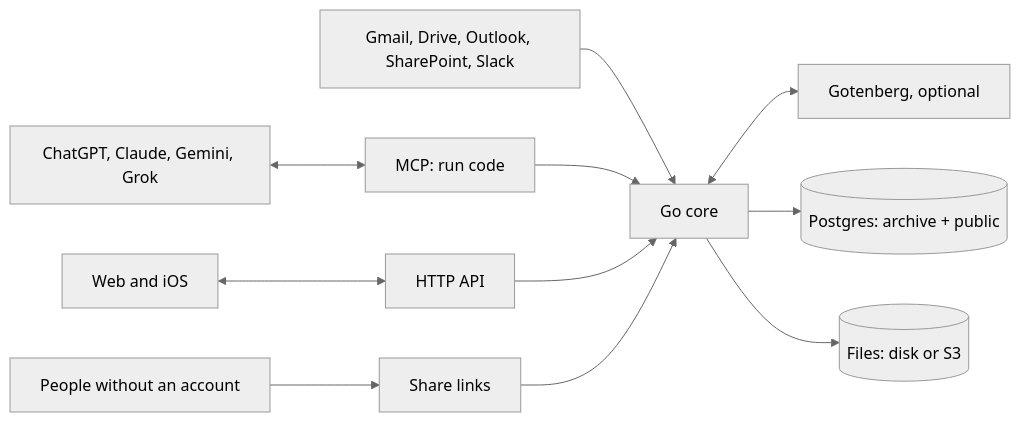
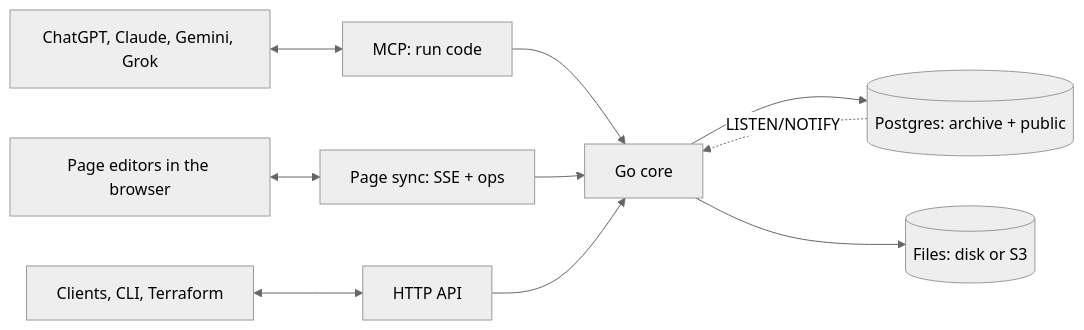
Before and after one commit to Mulholland-Inc/archive: the diagram in docs/adr/0001-architecture.md, drawn with Mermaid (neutral theme). The commit also changed other lines of this file, not shown here.

Commit message:
ADR 0001: describe the architecture as built today (#54)

````diff
--- a/docs/adr/0001-architecture.md
+++ b/docs/adr/0001-architecture.md
@@ -11,10 +13,9 @@
 ```mermaid
 flowchart LR
-  Connectors[Gmail, Drive, Outlook, SharePoint, Slack] --> Core[Go core]
-  Apps[ChatGPT, Claude, Gemini, Grok] <--> MCP[MCP: run code] --> Core
-  Clients[Web and iOS] <--> API[HTTP API] --> Core
-  Guests[People without an account] --> Shares[Share links] --> Core
-  Core <--> Render[Gotenberg, optional]
+  Apps[ChatGPT, Claude, Gemini, Grok] <--> MCP[MCP: run code] --> Core[Go core]
+  Editors[Page editors in the browser] <--> Sync[Page sync: SSE + ops] --> Core
+  Clients[Clients, CLI, Terraform] <--> API[HTTP API] --> Core
   Core --> PG[(Postgres: archive + public)]
   Core --> Files[(Files: disk or S3)]
+  PG -. LISTEN/NOTIFY .-> Core
 ```
````
